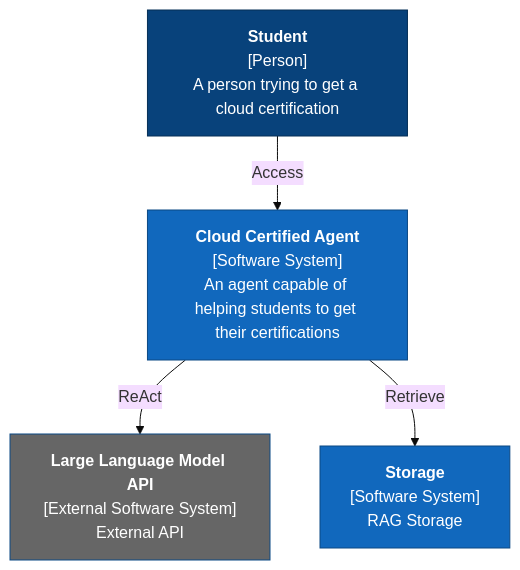
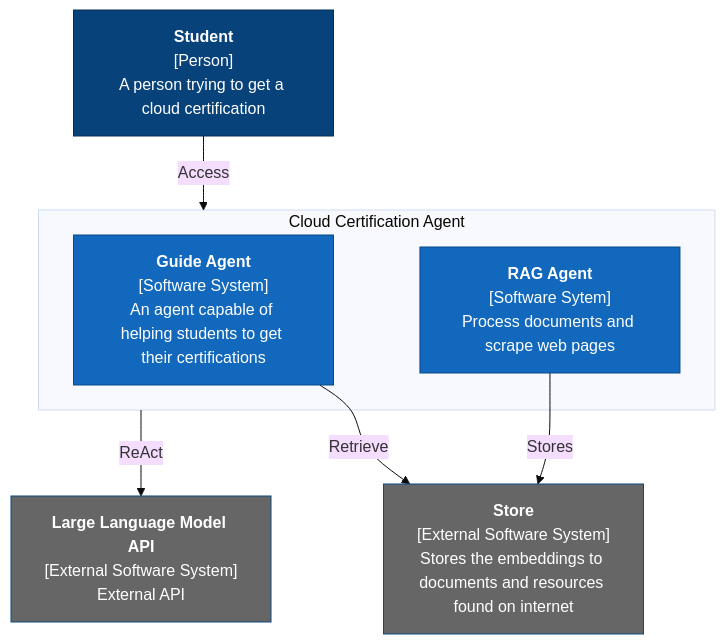
One commit to jmanuelc87/cloud-certification-agent changed the first of 2 diagrams in README.md. Above: the diagram before and after it, drawn with Mermaid (base theme). The commit also changed other lines of this file and 3 other files, not shown here.

Commit message:
Architecture rethink

````diff
--- a/README.md
+++ b/README.md
@@ -8,32 +7,40 @@
 ```mermaid
 flowchart TD
     User["`**Student**
     [Person]
     A person trying to get a cloud certification`"]
 
-    CCA["`**Cloud Certified Agent**
-    [Software System]
-    An agent capable of helping students to get their certifications`"]
+
+    subgraph CCA[Cloud Certification Agent]
+        Guide["`**Guide Agent**
+        [Software System]
+        An agent capable of helping students to get their certifications`"]
+
+        RAG["`**RAG Agent**
+        [Software Sytem]
+        Process documents and scrape web pages`"]
+    end
 
     LLM["`**Large Language Model API**
     [External Software System]
     External API`"]
 
-    DB["`**Storage**
-    [Software System]
-    RAG Storage`"]
+    DB["`**Store**
+    [External Software System]
+    Stores the embeddings to documents and resources found on internet`"]
 
     User -- "Access" --> CCA
 
     CCA -- "ReAct" --> LLM
-    CCA -- "Retrieve" --> DB
+    Guide -- "Retrieve" --> DB
+    RAG -- "Stores" --> DB
 
 
     classDef focusSystem fill:#1168bd,stroke:#0b4884,color:#ffffff
     classDef supportingSystem fill:#666,stroke:#0b4884,color:#ffffff
     classDef person fill:#08427b,stroke:#052e56,color:#ffffff
 
     class User person
-    class CCA,DB,R focusSystem
-    class LLM supportingSystem
+    class Guide,RAG focusSystem
+    class LLM,DB supportingSystem
 ```
````
